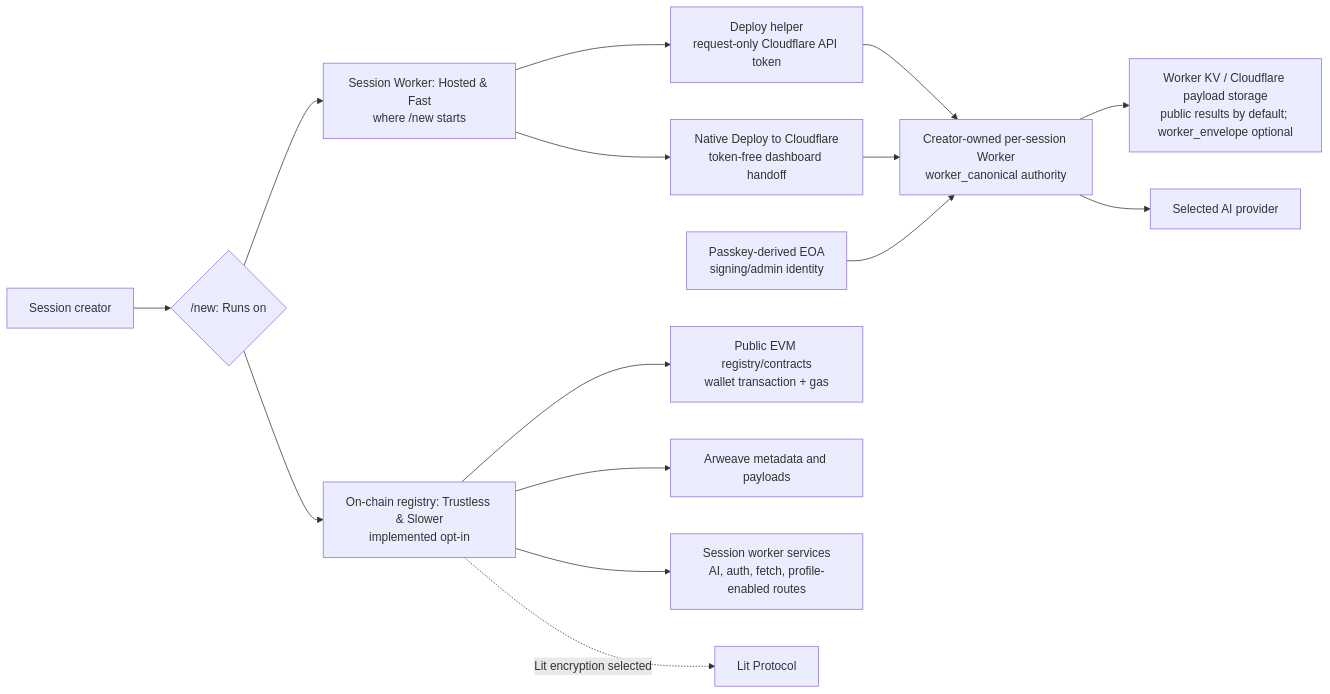
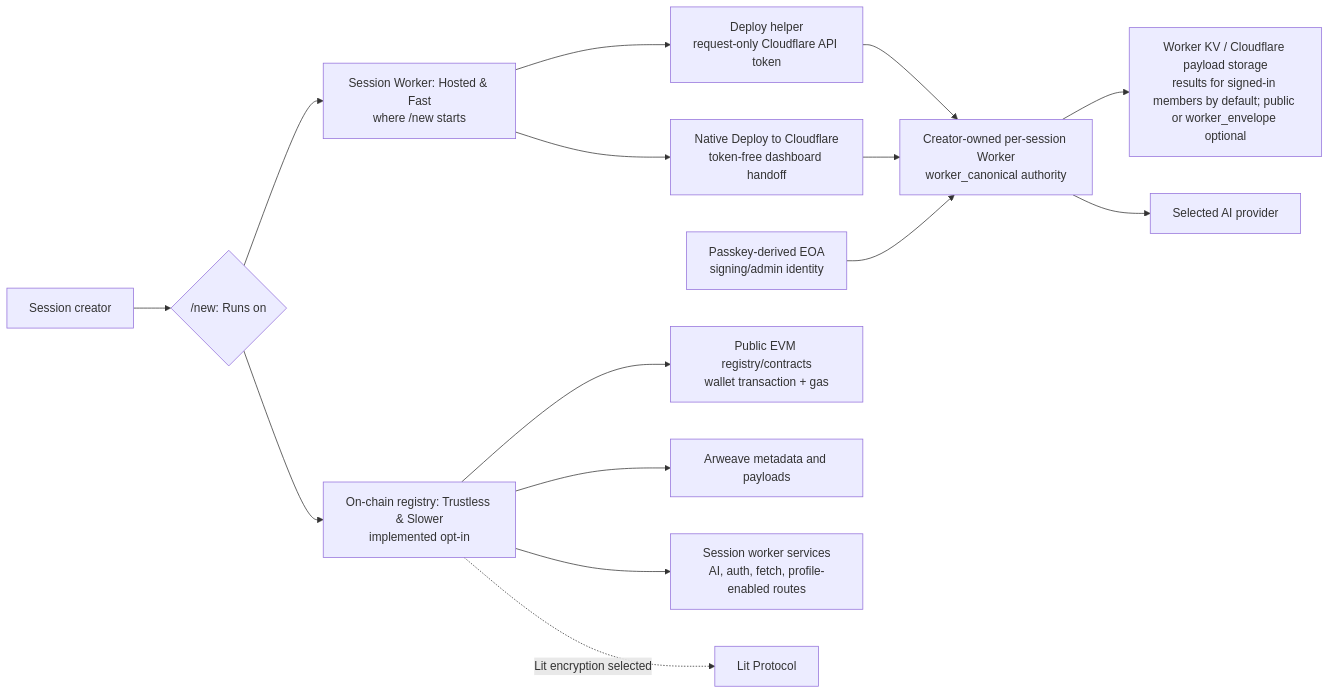
One commit to AgalmicSoftware/context-engine changed the first of 2 diagrams in ARCHITECTURE.md. Above: the diagram before and after it, drawn with Mermaid. The commit also changed 4 other files, not shown here.

````diff
--- a/ARCHITECTURE.md
+++ b/ARCHITECTURE.md
@@ -18,19 +18,19 @@
 ```mermaid
 flowchart LR
   Creator["Session creator"] --> Choice{"/new: Runs on"}
   Choice --> Hosted["Session Worker: Hosted & Fast<br/>where /new starts"]
   Choice --> Trustless["On-chain registry: Trustless & Slower<br/>implemented opt-in"]
 
   Hosted --> DeployHelper["Deploy helper<br/>request-only Cloudflare API token"]
   Hosted --> NativeDeploy["Native Deploy to Cloudflare<br/>token-free dashboard handoff"]
   DeployHelper --> Worker["Creator-owned per-session Worker<br/>worker_canonical authority"]
   NativeDeploy --> Worker
-  Worker --> Cloudflare["Worker KV / Cloudflare payload storage<br/>public results by default; worker_envelope optional"]
+  Worker --> Cloudflare["Worker KV / Cloudflare payload storage<br/>results for signed-in members by default; public or worker_envelope optional"]
   Worker --> AI["Selected AI provider"]
   Passkey["Passkey-derived EOA<br/>signing/admin identity"] --> Worker
 
   Trustless --> EVM["Public EVM registry/contracts<br/>wallet transaction + gas"]
   Trustless --> Arweave["Arweave metadata and payloads"]
   Trustless --> WorkerServices["Session worker services<br/>AI, auth, fetch, profile-enabled routes"]
   Trustless -.->|Lit encryption selected| Lit["Lit Protocol"]
 ```
````
